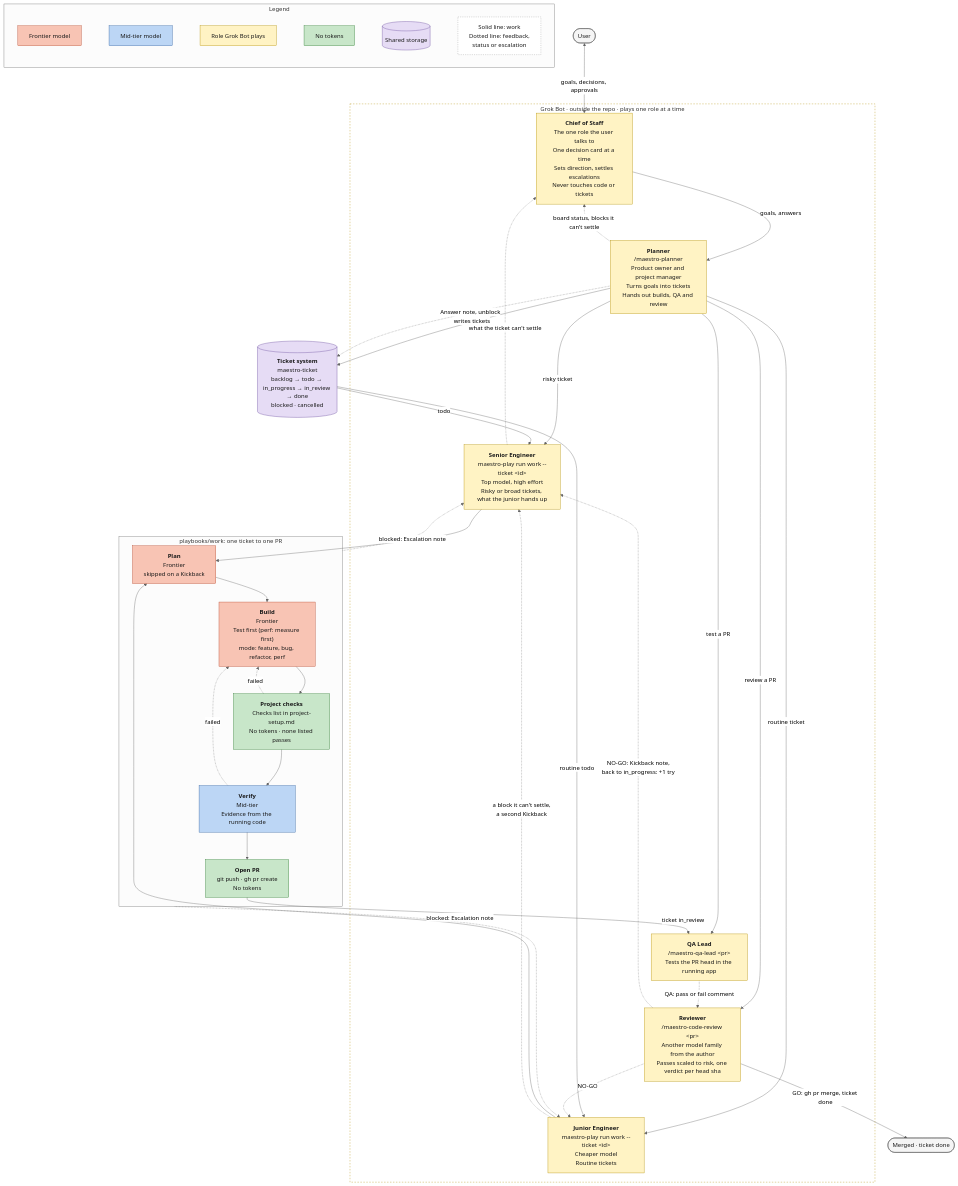
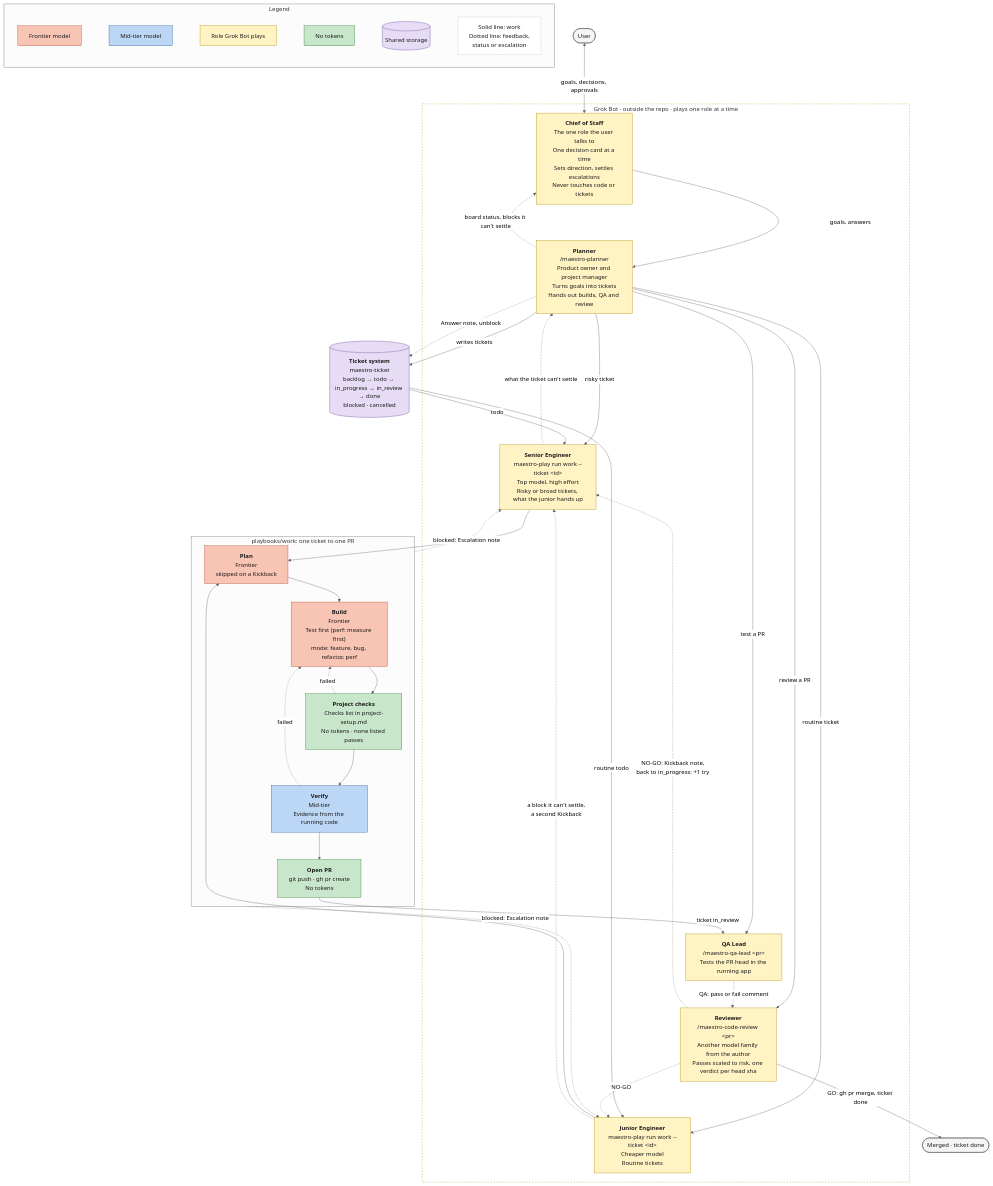
Before and after one commit to ProlesDei/maestro: the diagram in docs/team.mermaid, drawn with Mermaid (neutral theme). The commit also changed 10 other files, not shown here.

```diff
--- a/docs/team.mermaid
+++ b/docs/team.mermaid
@@ -1,84 +1,84 @@
 flowchart TD
     User([User])
 
     subgraph Grok ["Grok Bot · outside the repo · plays one role at a time"]
         CoS["<b>Chief of Staff</b><br/>The one role the user talks to<br/>One decision card at a time<br/>Sets direction, settles escalations<br/>Never touches code or tickets"]
         Planner["<b>Planner</b><br/>/maestro-planner<br/>Product owner and project manager<br/>Turns goals into tickets<br/>Hands out builds, QA and review"]
         Sr["<b>Senior Engineer</b><br/>maestro-play run work --ticket &lt;id&gt;<br/>Top model, high effort<br/>Risky or broad tickets, what the junior hands up"]
         Jr["<b>Junior Engineer</b><br/>maestro-play run work --ticket &lt;id&gt;<br/>Cheaper model<br/>Routine tickets"]
         QA["<b>QA Lead</b><br/>/maestro-qa-lead &lt;pr&gt;<br/>Tests the PR head in the running app"]
         Rev["<b>Reviewer</b><br/>/maestro-code-review &lt;pr&gt;<br/>Another model family from the author<br/>Passes scaled to risk, one verdict per head sha"]
     end
 
     Tickets[("<b>Ticket system</b><br/>maestro-ticket<br/>backlog → todo → in_progress → in_review → done<br/>blocked · cancelled")]
 
     subgraph Work ["playbooks/work: one ticket to one PR"]
         Plan["<b>Plan</b><br/>Frontier<br/>skipped on a Kickback"]
         Build["<b>Build</b><br/>Frontier<br/>Test first (perf: measure first)<br/>mode: feature, bug, refactor, perf"]
         Checks["<b>Project checks</b><br/>Checks list in project-setup.md<br/>No tokens · none listed passes"]
         Verify["<b>Verify</b><br/>Mid-tier<br/>Evidence from the running code"]
         PR["<b>Open PR</b><br/>git push · gh pr create<br/>No tokens"]
     end
 
     Done([Merged · ticket done])
 
     %% User and Chief of Staff
     User <-->|"goals, decisions, approvals"| CoS
 
     %% The Chief of Staff leads through the Planner
     CoS -->|"goals, answers"| Planner
     Planner -.->|"board status, blocks it can't settle"| CoS
 
     %% The Planner hands out each job
     Planner -->|"risky ticket"| Sr
     Planner -->|"routine ticket"| Jr
     Planner -->|"test a PR"| QA
     Planner -->|"review a PR"| Rev
 
     %% Planning
     Planner -->|"writes tickets"| Tickets
     Tickets -->|"todo"| Sr
     Tickets -->|"routine todo"| Jr
 
     %% Build
     Sr --> Plan
     Jr --> Plan
     Plan --> Build --> Checks --> Verify --> PR
     Checks -.->|"failed"| Build
     Verify -.->|"failed"| Build
     Work -.->|"blocked: Escalation note"| Sr
     Work -.->|"blocked: Escalation note"| Jr
     Jr -.->|"a block it can't settle,<br/>a second Kickback"| Sr
-    Sr -.->|"what the ticket can't settle"| CoS
+    Sr -.->|"what the ticket can't settle"| Planner
     Planner -.->|"Answer note, unblock"| Tickets
 
     %% Test and review
     PR -->|"ticket in_review"| QA
     QA -.->|"QA: pass or fail comment"| Rev
     Rev -->|"GO: gh pr merge, ticket done"| Done
     Rev -.->|"NO-GO: Kickback note,<br/>back to in_progress: +1 try"| Sr
     Rev -.->|"NO-GO"| Jr
 
     %% Legend
     subgraph Legend ["Legend"]
         direction LR
         L1["Frontier model"] ~~~ L2["Mid-tier model"] ~~~ L6["Role Grok Bot plays"] ~~~ L3["No tokens"] ~~~ L4[("Shared storage")] ~~~ L5["Solid line: work<br/>Dotted line: feedback,<br/>status or escalation"]
     end
 
     %% Styles by cost tier
     classDef frontier fill:#f8c4b4,stroke:#b5472b,color:#1a1a1a
     classDef mid fill:#bcd6f5,stroke:#2f5f9e,color:#1a1a1a
     classDef free fill:#c8e6c9,stroke:#2e7d32,color:#1a1a1a
     classDef storage fill:#e6dcf5,stroke:#6a4c9c,color:#1a1a1a
     classDef person fill:#f5f5f5,stroke:#555,color:#1a1a1a
     classDef bot fill:#fff3c4,stroke:#b38f00,color:#1a1a1a
     classDef note fill:#ffffff,stroke:#999,color:#1a1a1a,stroke-dasharray:3 3
 
     class Plan,Build,L1 frontier
     class Verify,L2 mid
     class Checks,PR,L3 free
     class Tickets,L4 storage
     class User,Done person
     class CoS,Planner,Sr,Jr,QA,Rev,L6 bot
     class L5 note
     style Grok fill:none,stroke:#b38f00,stroke-dasharray:4 4
```
